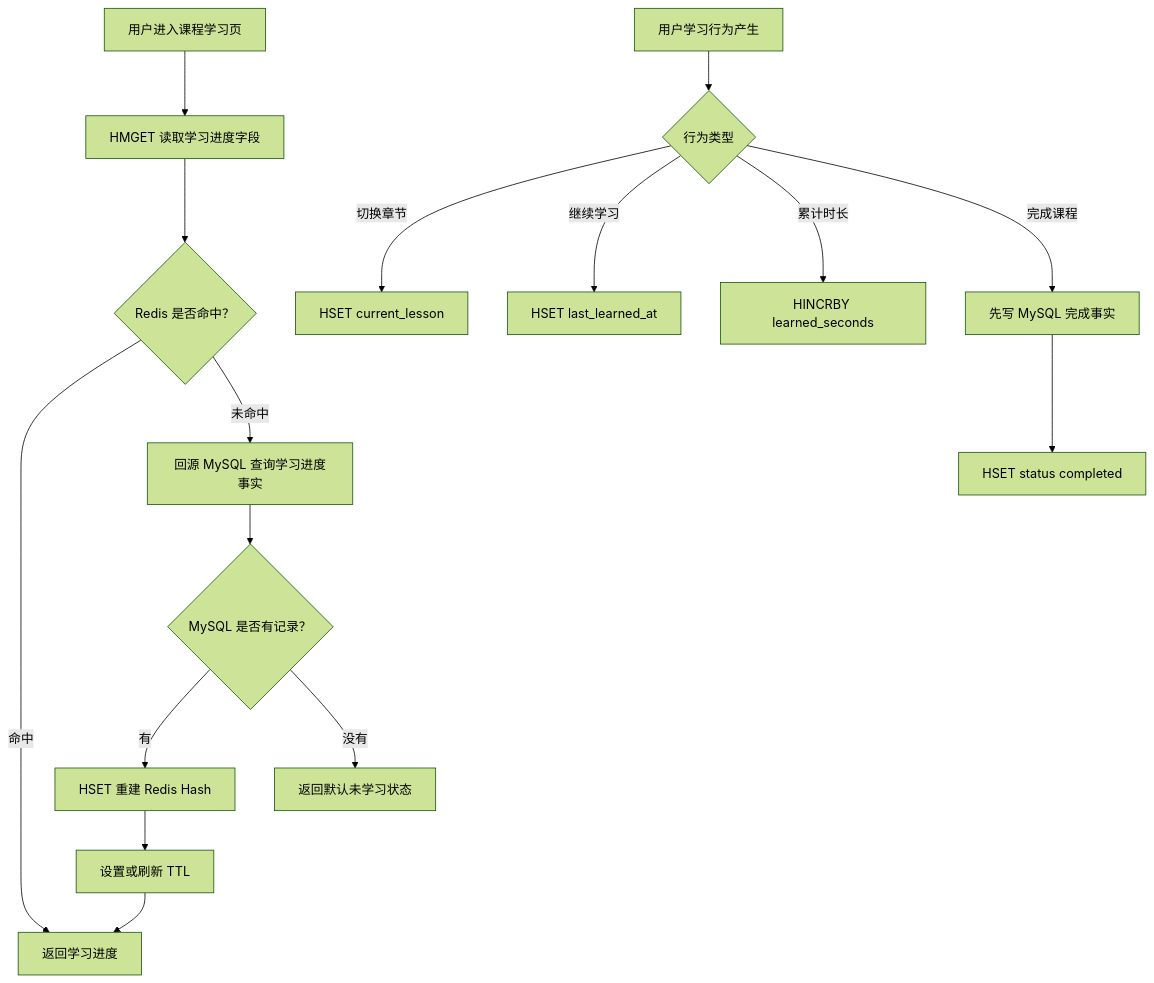
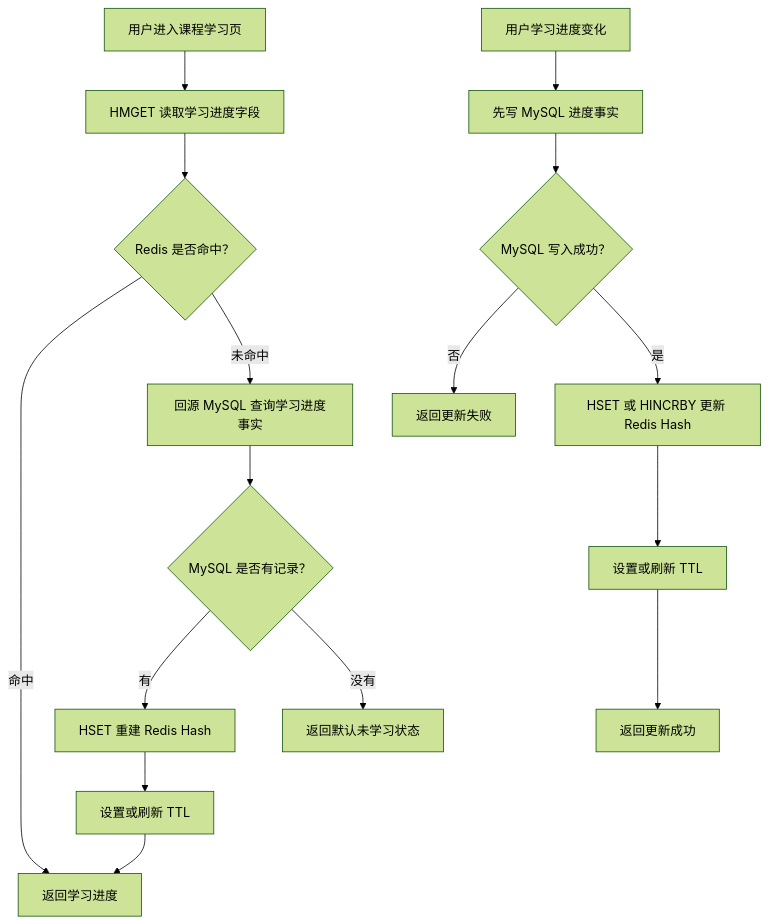
One commit to zdl20251023-pixel/agent-frame changed the second of 7 diagrams in docs/redis/201-在线学习活动系统.md. Above: the diagram before and after it, drawn with Mermaid (forest theme). The commit also changed other lines of this file, not shown here.

````diff
--- a/docs/redis/201-在线学习活动系统.md
+++ b/docs/redis/201-在线学习活动系统.md
@@ -312,20 +290,20 @@
 ```mermaid
 flowchart TD
     A["用户进入课程学习页"] --> B["HMGET 读取学习进度字段"]
     B --> C{"Redis 是否命中？"}
 
     C -->|命中| D["返回学习进度"]
     C -->|未命中| E["回源 MySQL 查询学习进度事实"]
     E --> F{"MySQL 是否有记录？"}
     F -->|有| G["HSET 重建 Redis Hash"]
     G --> H["设置或刷新 TTL"]
     H --> D
     F -->|没有| I["返回默认未学习状态"]
 
-    J["用户学习行为产生"] --> K{"行为类型"}
-    K -->|切换章节| L["HSET current_lesson"]
-    K -->|继续学习| M["HSET last_learned_at"]
-    K -->|累计时长| N["HINCRBY learned_seconds"]
-    K -->|完成课程| O["先写 MySQL 完成事实"]
-    O --> P["HSET status completed"]
+    J["用户学习进度变化"] --> K["先写 MySQL 进度事实"]
+    K --> L{"MySQL 写入成功？"}
+    L -->|否| M["返回更新失败"]
+    L -->|是| N["HSET 或 HINCRBY 更新 Redis Hash"]
+    N --> O["设置或刷新 TTL"]
+    O --> P["返回更新成功"]
 ```
````
